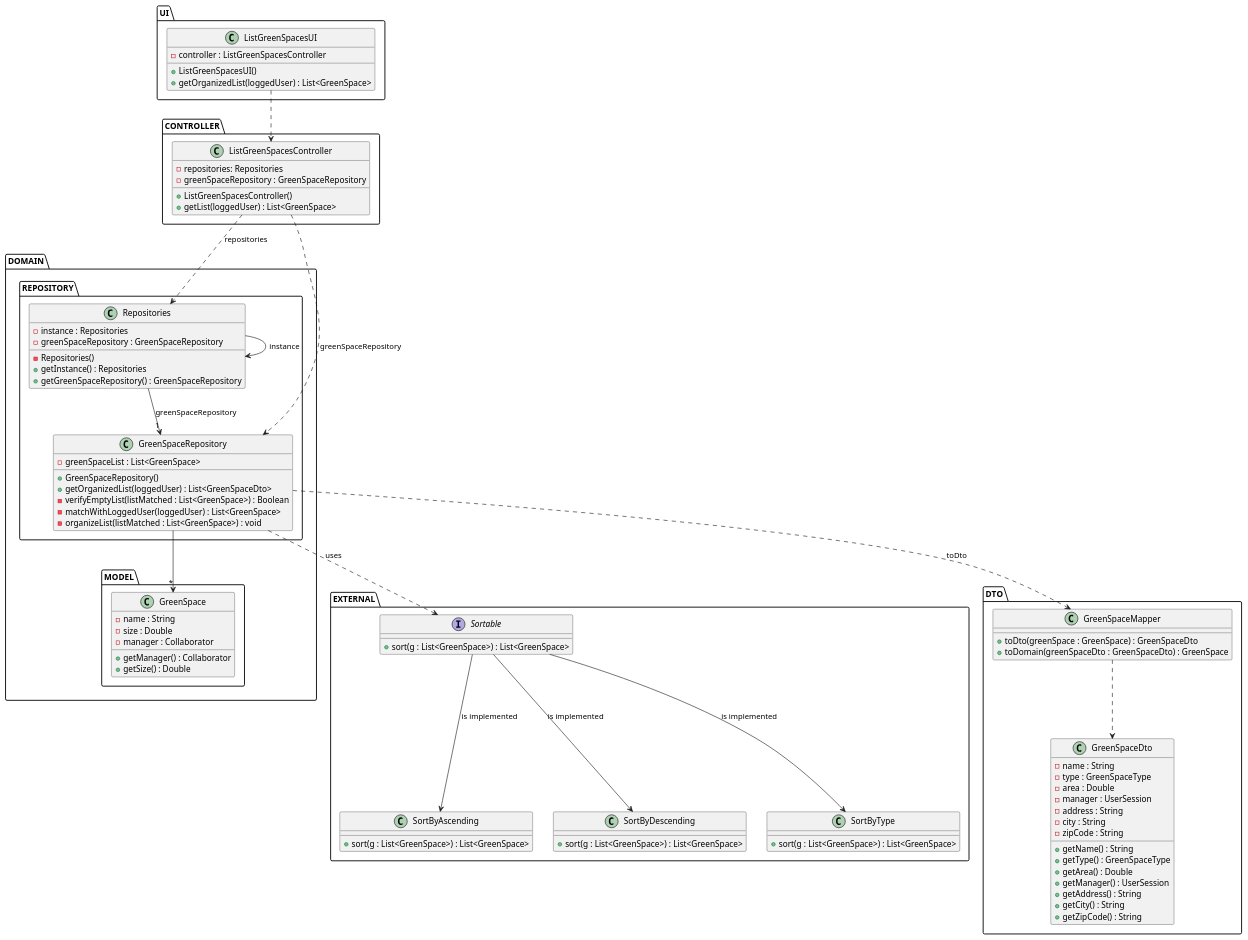
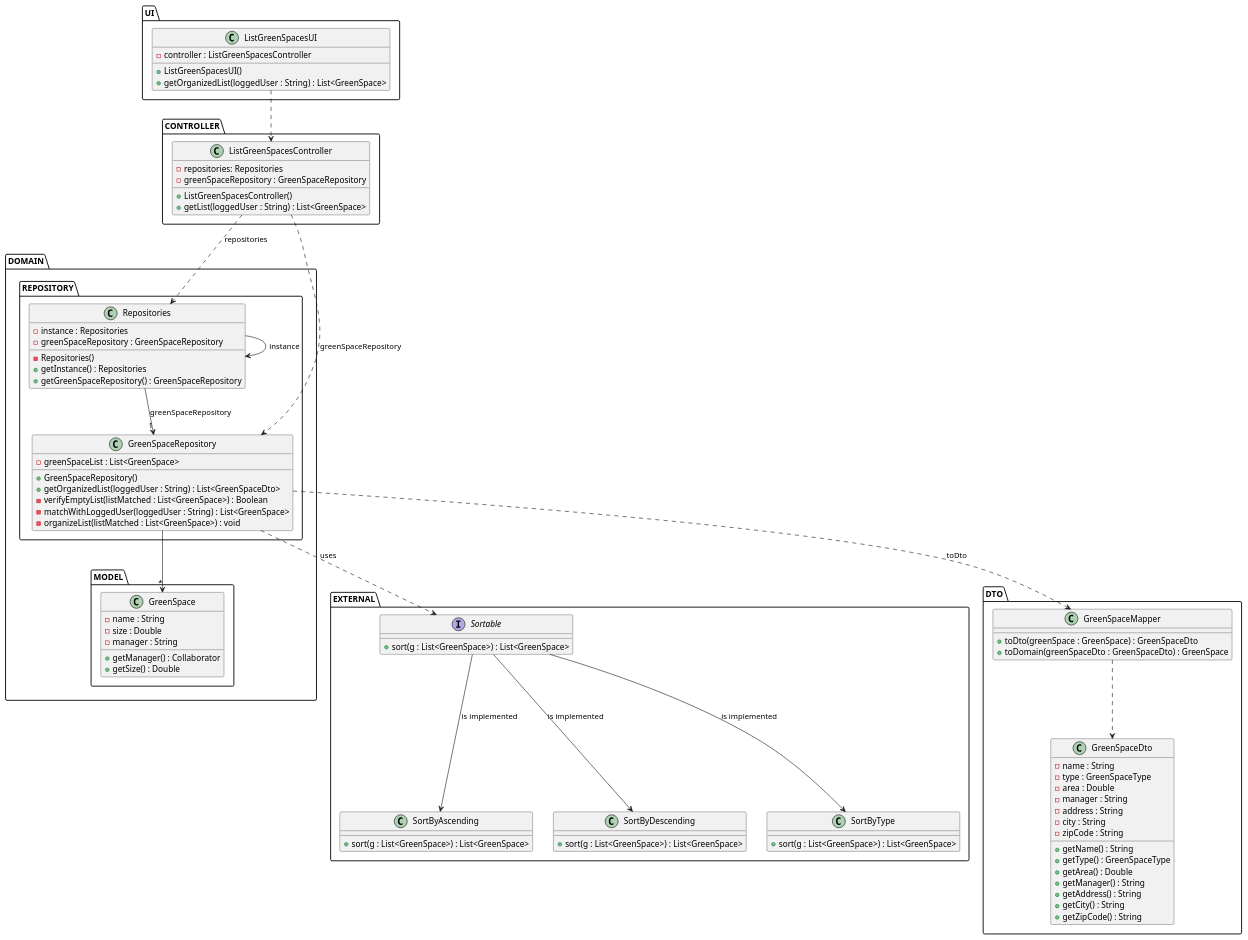
The diagram in docs/sprintC/us027/03.design/puml/us027-class-diagram.puml (ricardomm7/leaflink), drawn with PlantUML before and after one commit. The commit also changed 14 other files, not shown here.

Commit message:
UserSession modified so that only the e-mail is saved. (UserSession non-serializable)

```diff
--- a/docs/sprintC/us027/03.design/puml/us027-class-diagram.puml
+++ b/docs/sprintC/us027/03.design/puml/us027-class-diagram.puml
@@ -1,104 +1,104 @@
 @startuml
 skinparam shadowing false
 skinparam line type polyline
 
 'left to right direction
 package UI{
     class ListGreenSpacesUI {
         - controller : ListGreenSpacesController
         + ListGreenSpacesUI()
-        + getOrganizedList(loggedUser) : List<GreenSpace>
+        + getOrganizedList(loggedUser : String) : List<GreenSpace>
     }
 }
 package CONTROLLER {
     class ListGreenSpacesController {
         - repositories: Repositories
         - greenSpaceRepository : GreenSpaceRepository
 
         + ListGreenSpacesController()
-        +getList(loggedUser) : List<GreenSpace>
+        +getList(loggedUser : String) : List<GreenSpace>
     }
 }
 package DOMAIN{
 package REPOSITORY{
     class Repositories {
         - instance : Repositories
         - greenSpaceRepository : GreenSpaceRepository
         - Repositories()
         + getInstance() : Repositories
         + getGreenSpaceRepository() : GreenSpaceRepository
     }
 
     class GreenSpaceRepository {
         - greenSpaceList : List<GreenSpace>
         + GreenSpaceRepository()
-        + getOrganizedList(loggedUser) : List<GreenSpaceDto>
+        + getOrganizedList(loggedUser : String) : List<GreenSpaceDto>
         - verifyEmptyList(listMatched : List<GreenSpace>) : Boolean
-        - matchWithLoggedUser(loggedUser) : List<GreenSpace>
+        - matchWithLoggedUser(loggedUser : String) : List<GreenSpace>
         - organizeList(listMatched : List<GreenSpace>) : void
     }
     }
 package MODEL{
     class GreenSpace {
         - name : String
         - size : Double
-        - manager : Collaborator
+        - manager : String
         + getManager() : Collaborator
         + getSize() : Double
     }
     }
     }
     package EXTERNAL{
     interface Sortable{
     +sort(g : List<GreenSpace>) : List<GreenSpace>
     }
     class SortByAscending{
     +sort(g : List<GreenSpace>) : List<GreenSpace>
     }
     class SortByDescending{
         +sort(g : List<GreenSpace>) : List<GreenSpace>
     }
     class SortByType{
         +sort(g : List<GreenSpace>) : List<GreenSpace>
     }
 }
 package DTO{
            class GreenSpaceDto{
                 - name : String
                 - type : GreenSpaceType
                 - area : Double
-                - manager : UserSession
+                - manager : String
                 - address : String
                 - city : String
                 - zipCode : String
                 + getName() : String
                 + getType() : GreenSpaceType
                 + getArea() : Double
-                + getManager() : UserSession
+                + getManager() : String
                 + getAddress() : String
                 + getCity() : String
                 + getZipCode() : String
             }
 
             class GreenSpaceMapper{
                 +toDto(greenSpace : GreenSpace) : GreenSpaceDto
                 +toDomain(greenSpaceDto : GreenSpaceDto) : GreenSpace
             }
         }
 
 
 ListGreenSpacesUI ..> ListGreenSpacesController
 ListGreenSpacesController ..> Repositories: repositories
 Repositories --> Repositories: instance
 ListGreenSpacesController ..> GreenSpaceRepository: greenSpaceRepository
 Repositories --> "1"GreenSpaceRepository: greenSpaceRepository
 GreenSpaceRepository -->"*" GreenSpace
 GreenSpaceRepository ..> GreenSpaceMapper : toDto
 GreenSpaceMapper ..> GreenSpaceDto
 GreenSpaceRepository ..> Sortable : uses
 Sortable --> SortByAscending : is implemented
 Sortable --> SortByDescending : is implemented
 Sortable --> SortByType : is implemented
 
 
 @enduml
```
